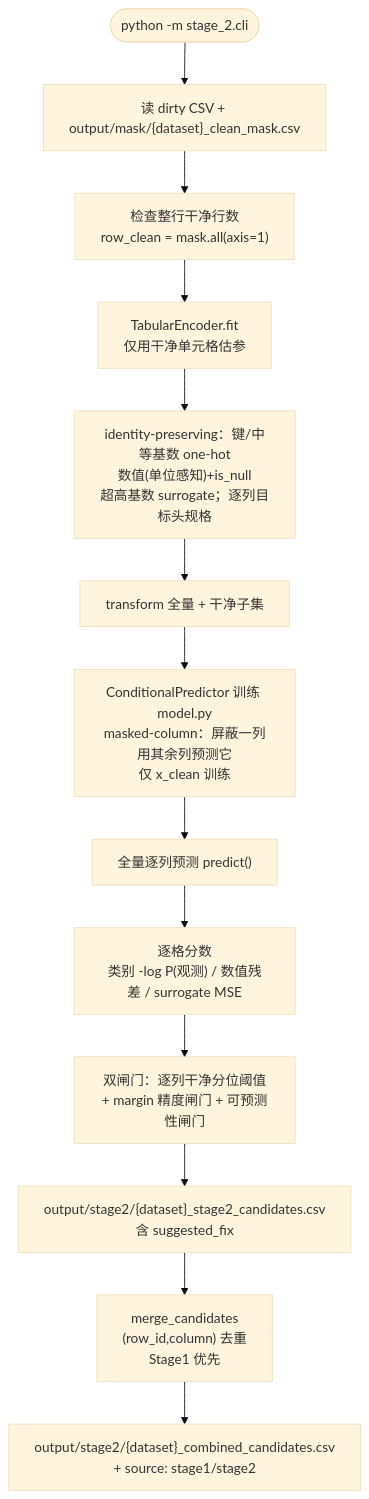
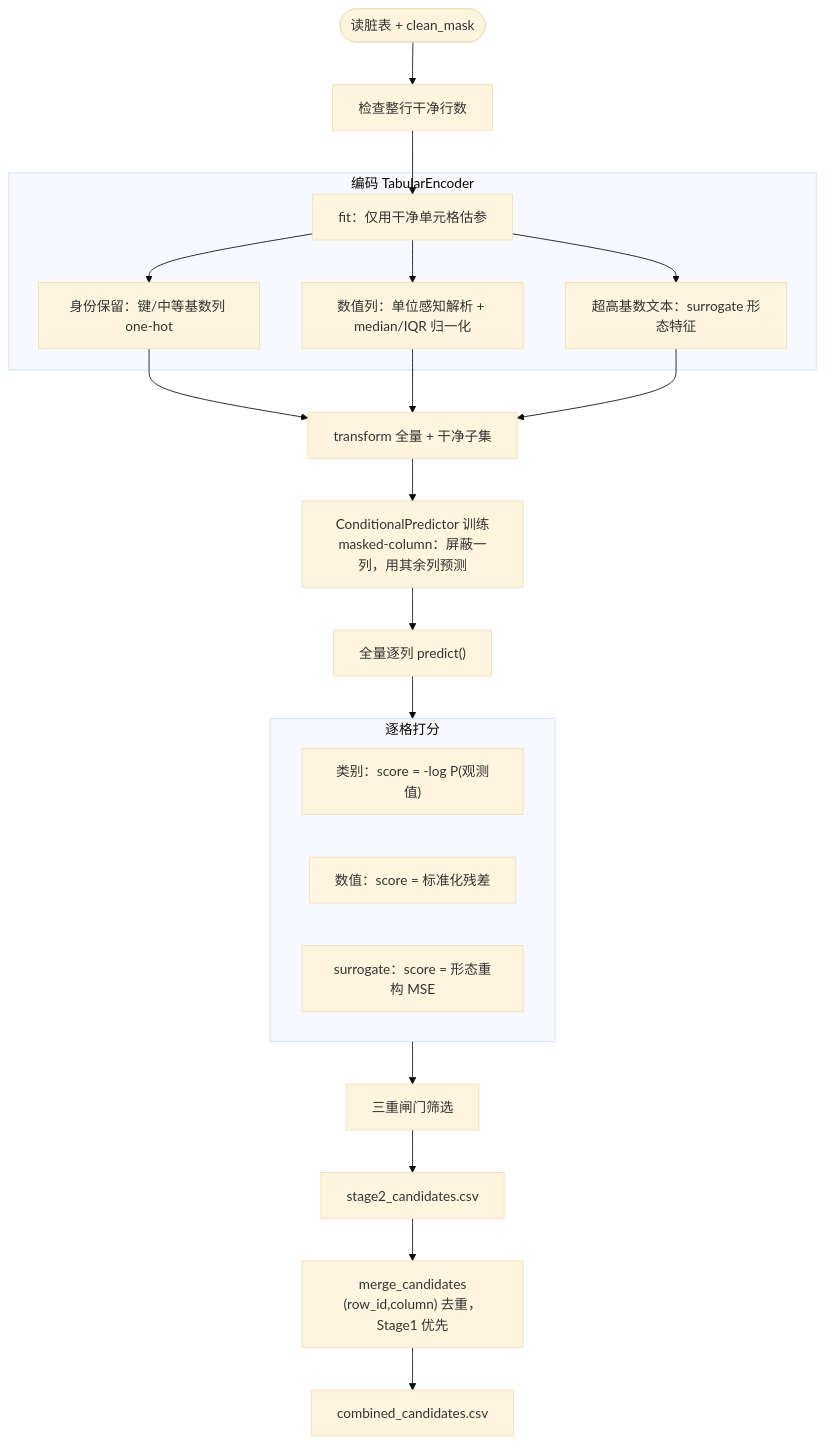
The fourth of 5 diagrams in PIPELINE.md (1993371829/error_detect), drawn with Mermaid (base theme) before and after one commit. The commit also changed other lines of this file, not shown here.

````diff
--- a/PIPELINE.md
+++ b/PIPELINE.md
@@ -350,19 +283,30 @@
 ```mermaid
 flowchart TD
-    START2(["python -m stage_2.cli"]) --> READ["读 dirty CSV + output/mask/{dataset}_clean_mask.csv"]
-    READ --> CHECK["检查整行干净行数<br/>row_clean = mask.all(axis=1)"]
+    START(["读脏表 + clean_mask"]) --> CHECK["检查整行干净行数"]
 
-    CHECK --> ENC_FIT["TabularEncoder.fit<br/>仅用干净单元格估参"]
-    ENC_FIT --> ENC_DETAIL["identity-preserving：键/中等基数 one-hot<br/>数值(单位感知)+is_null<br/>超高基数 surrogate；逐列目标头规格"]
+    subgraph ENCODE["编码 TabularEncoder"]
+        FIT["fit：仅用干净单元格估参"]
+        ID["身份保留：键/中等基数列 one-hot"]
+        NUM["数值列：单位感知解析 + median/IQR 归一化"]
+        SUR["超高基数文本：surrogate 形态特征"]
+    end
 
-    ENC_DETAIL --> TRANS["transform 全量 + 干净子集"]
-    TRANS --> TRAIN["ConditionalPredictor 训练 model.py<br/>masked-column：屏蔽一列用其余列预测它<br/>仅 x_clean 训练"]
+    CHECK --> FIT --> ID & NUM & SUR
+    ID & NUM & SUR --> TRANS["transform 全量 + 干净子集"]
 
-    TRAIN --> SCORE["全量逐列预测 predict()"]
-    SCORE --> CELLSCORE["逐格分数<br/>类别 -log P(观测) / 数值残差 / surrogate MSE"]
+    TRANS --> TRAIN["ConditionalPredictor 训练<br/>masked-column：屏蔽一列，用其余列预测"]
+    TRAIN --> SCORE["全量逐列 predict()"]
 
-    CELLSCORE --> GATE["双闸门：逐列干净分位阈值<br/>+ margin 精度闸门 + 可预测性闸门"]
-    GATE --> S2CSV["output/stage2/{dataset}_stage2_candidates.csv<br/>含 suggested_fix"]
-    S2CSV --> MERGE["merge_candidates<br/>(row_id,column) 去重<br/>Stage1 优先"]
-    MERGE --> COMB["output/stage2/{dataset}_combined_candidates.csv<br/>+ source: stage1/stage2"]
+    subgraph SCORING["逐格打分"]
+        CAT["类别：score = -log P(观测值)"]
+        NUMS["数值：score = 标准化残差"]
+        SURR["surrogate：score = 形态重构 MSE"]
+    end
+
+    SCORE --> SCORING
+
+    SCORING --> GATE["三重闸门筛选"]
+    GATE --> S2OUT["stage2_candidates.csv"]
+    S2OUT --> MERGE["merge_candidates<br/>(row_id,column) 去重，Stage1 优先"]
+    MERGE --> COMBOUT["combined_candidates.csv"]
 ```
````
